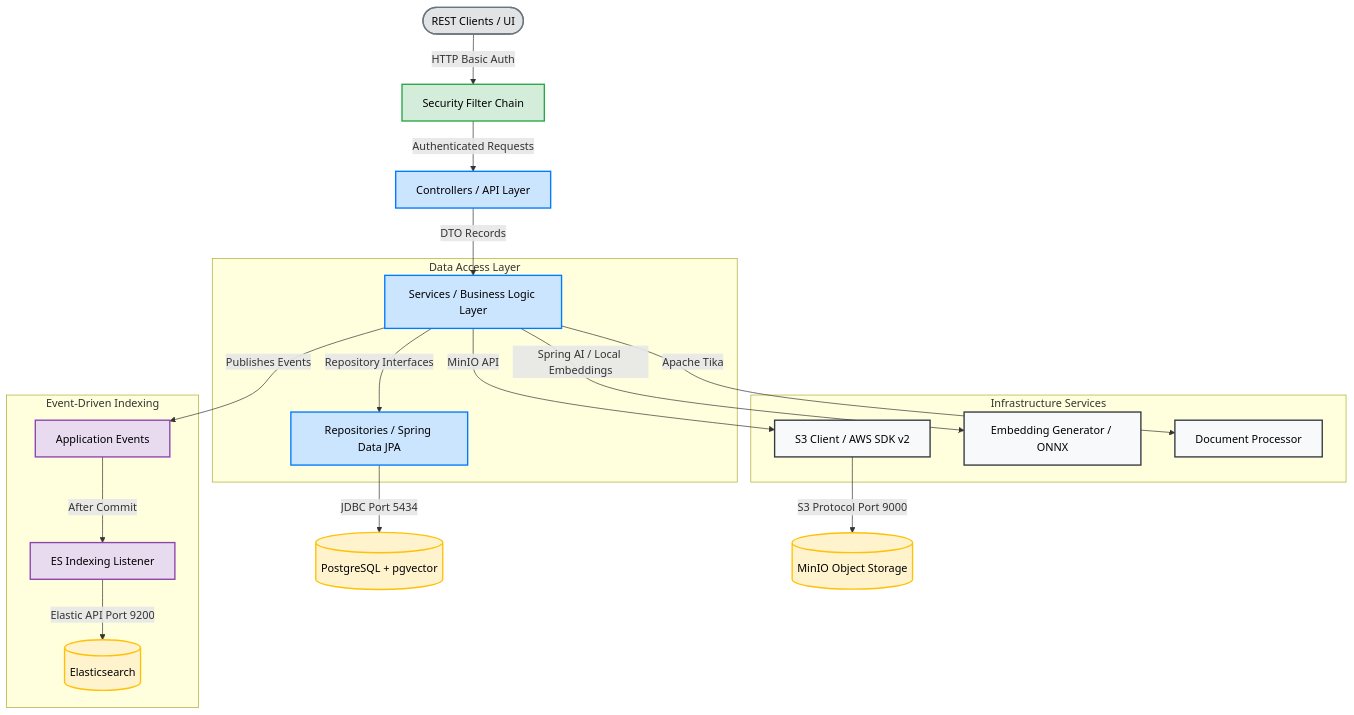
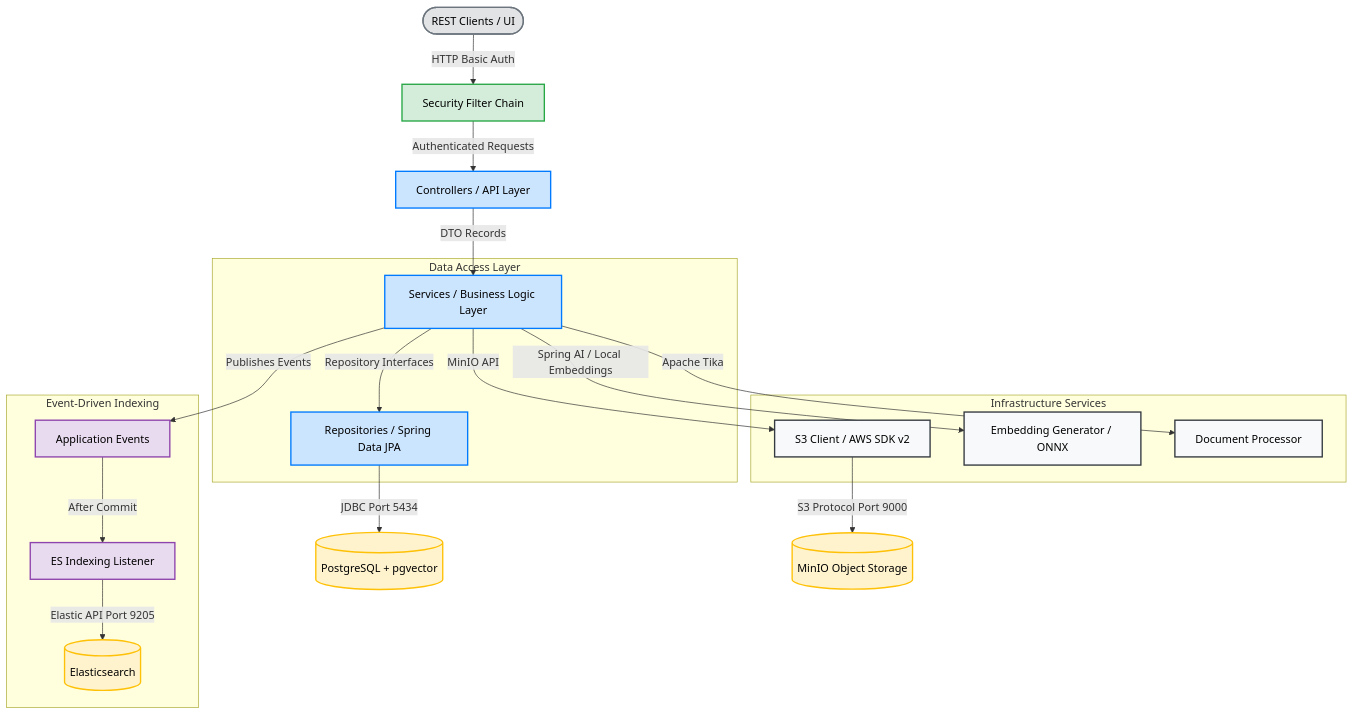
One commit to pmfml/cognitive-vault changed the first of 5 diagrams in docs/ARCHITECTURE.md. Above: the diagram before and after it, drawn with Mermaid. The commit also changed other lines of this file, not shown here.

First line of the commit message:
docs: add sequence diagrams for core system flows to ARCHITECTURE.md

````diff
--- a/docs/ARCHITECTURE.md
+++ b/docs/ARCHITECTURE.md
@@ -25,40 +25,40 @@
 ```mermaid
 graph TD
     Client([REST Clients / UI]) -->|HTTP Basic Auth| Security[Security Filter Chain]
     Security -->|Authenticated Requests| Controller[Controllers / API Layer]
     Controller -->|DTO Records| Service[Services / Business Logic Layer]
 
     subgraph Data Access Layer
         Service -->|Repository Interfaces| Repositories[Repositories / Spring Data JPA]
     end
 
     subgraph Infrastructure Services
         Service -->|MinIO API| S3Client[S3 Client / AWS SDK v2]
         Service -->|Spring AI / Local Embeddings| EmbeddingClient[Embedding Generator / ONNX]
         Service -->|Apache Tika| DocProcessor[Document Processor]
     end
 
     subgraph Event-Driven Indexing
         Service -->|Publishes Events| EventBus[Application Events]
         EventBus -->|After Commit| Listener[ES Indexing Listener]
-        Listener -->|Elastic API Port 9200| ES[(Elasticsearch)]
+        Listener -->|Elastic API Port 9205| ES[(Elasticsearch)]
     end
 
     Repositories -->|JDBC Port 5434| DB[(PostgreSQL + pgvector)]
     S3Client -->|S3 Protocol Port 9000| MinIO[(MinIO Object Storage)]
 
     %% Styling
     classDef client fill:#e2e3e5,stroke:#6c757d,stroke-width:2px,color:#000000;
     classDef security fill:#d4edda,stroke:#28a745,stroke-width:2px,color:#000000;
     classDef app fill:#cce5ff,stroke:#007bff,stroke-width:2px,color:#000000;
     classDef layer fill:#f8f9fa,stroke:#343a40,stroke-width:2px,color:#000000;
     classDef infra fill:#fff3cd,stroke:#ffc107,stroke-width:2px,color:#000000;
     classDef event fill:#e8daef,stroke:#8e44ad,stroke-width:2px,color:#000000;
 
     class Client client;
     class Security security;
     class Controller,Service,Repositories app;
     class S3Client,EmbeddingClient,DocProcessor layer;
     class DB,MinIO,ES infra;
     class EventBus,Listener event;
 ```
````
